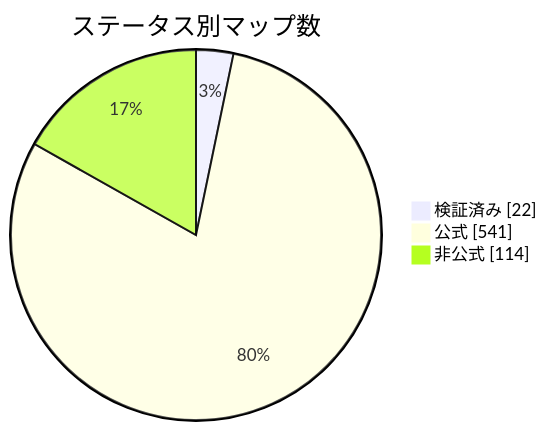
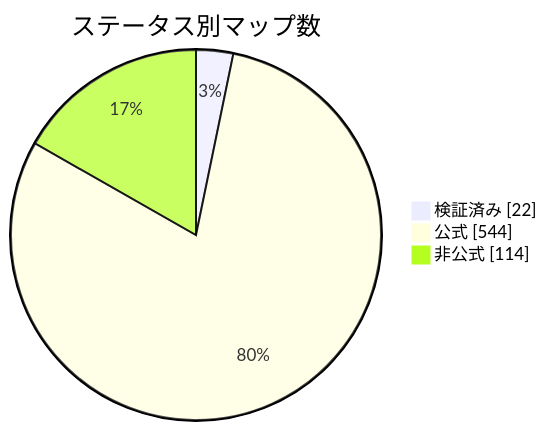
One commit to nobrega8/mbmap-library changed the diagram in docs/readme/README_JP.md. Above: the diagram before and after it, drawn with Mermaid. The commit also changed 8 other files, not shown here.

````diff
--- a/docs/readme/README_JP.md
+++ b/docs/readme/README_JP.md
@@ -54,7 +54,7 @@
 ```mermaid
 pie showData
     title ステータス別マップ数
     "検証済み" : 22
-    "公式" : 541
+    "公式" : 544
     "非公式" : 114
 ```
````
